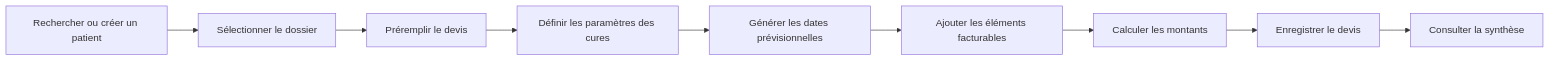
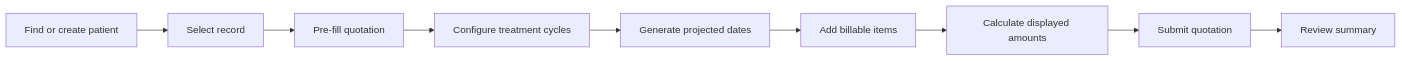
The first of 2 diagrams in README.md (KhaledZouari/pfe-clinisys-devis-cures), drawn with Mermaid before and after one commit. The commit also changed other lines of this file and 6 other files, not shown here.

````diff
--- a/README.md
+++ b/README.md
@@ -52,11 +57,11 @@
 ```mermaid
 flowchart LR
-    A[Rechercher ou créer un patient] --> B[Sélectionner le dossier]
-    B --> C[Préremplir le devis]
-    C --> D[Définir les paramètres des cures]
-    D --> E[Générer les dates prévisionnelles]
-    E --> F[Ajouter les éléments facturables]
-    F --> G[Calculer les montants]
-    G --> H[Enregistrer le devis]
-    H --> I[Consulter la synthèse]
+    A[Find or create patient] --> B[Select record]
+    B --> C[Pre-fill quotation]
+    C --> D[Configure treatment cycles]
+    D --> E[Generate projected dates]
+    E --> F[Add billable items]
+    F --> G[Calculate displayed amounts]
+    G --> H[Submit quotation]
+    H --> I[Review summary]
 ```
````
